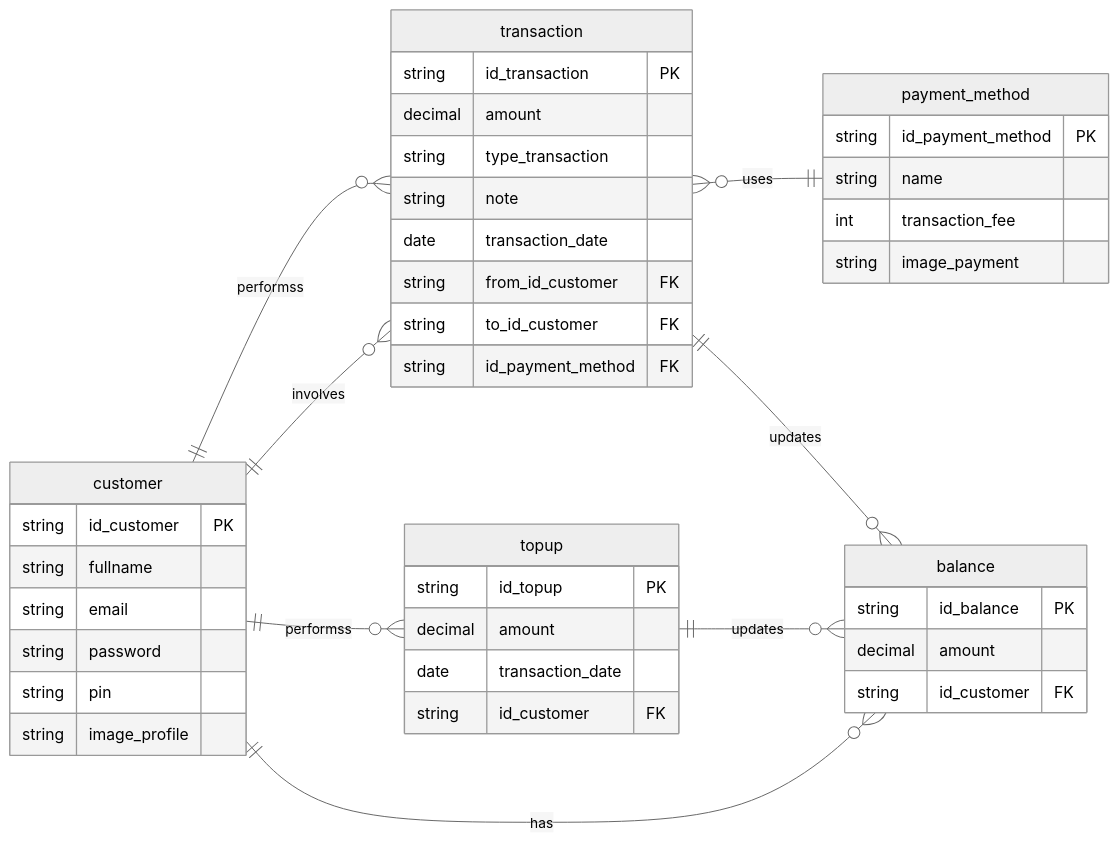
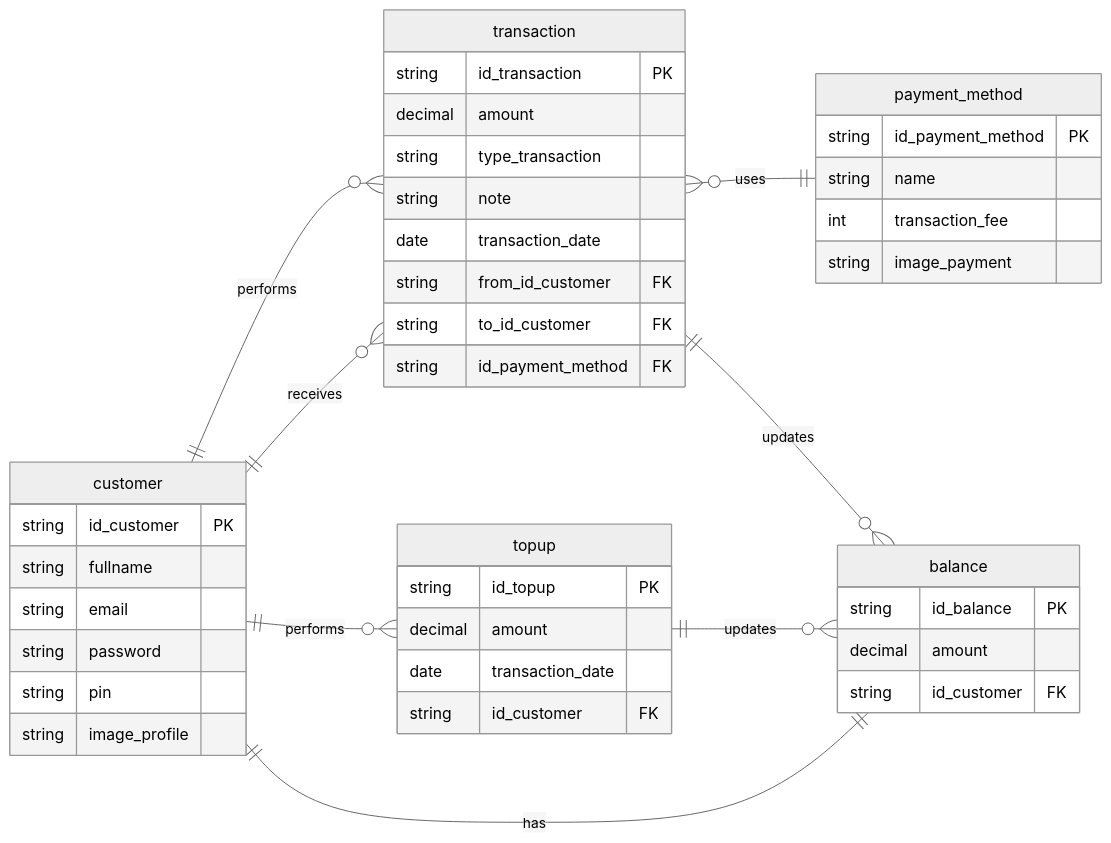
Before and after one commit to yusufbahtiarr/fgo24-db-ewallet: the diagram in readme.MD, drawn with Mermaid (neutral theme).

Commit message:
refactor: change customer-transaction relation from 'involves' to 'receives'; update customer-balance cardinality to one-to-one

````diff
--- a/readme.MD
+++ b/readme.MD
@@ -5,47 +5,47 @@
 ```mermaid
 erDiagram
     direction LR
-    customer ||--o{ transaction : performss
-    customer ||--o{ transaction : involves
-    customer ||--o{ topup : performss
-    customer ||--o{ balance : has
+    customer ||--o{ transaction : performs
+    customer ||--o{ transaction : receives
+    customer ||--o{ topup : performs
+    customer ||--|| balance : has
     topup ||--o{ balance : updates
     transaction }o--|| payment_method : uses
     transaction ||--o{ balance : updates
 
     customer {
         string id_customer PK
         string fullname
         string email
         string password
         string pin
         string image_profile
     }
     transaction {
         string id_transaction PK
         decimal amount
         string type_transaction
         string note
         date transaction_date
         string from_id_customer FK
         string to_id_customer FK
         string id_payment_method FK
     }
     topup {
         string id_topup PK
         decimal amount
         date transaction_date
         string id_customer FK
     }
     payment_method {
         string id_payment_method PK
         string name
         int transaction_fee
         string image_payment
     }
     balance {
         string id_balance PK
         decimal amount
         string id_customer FK
     }
 ```
````
